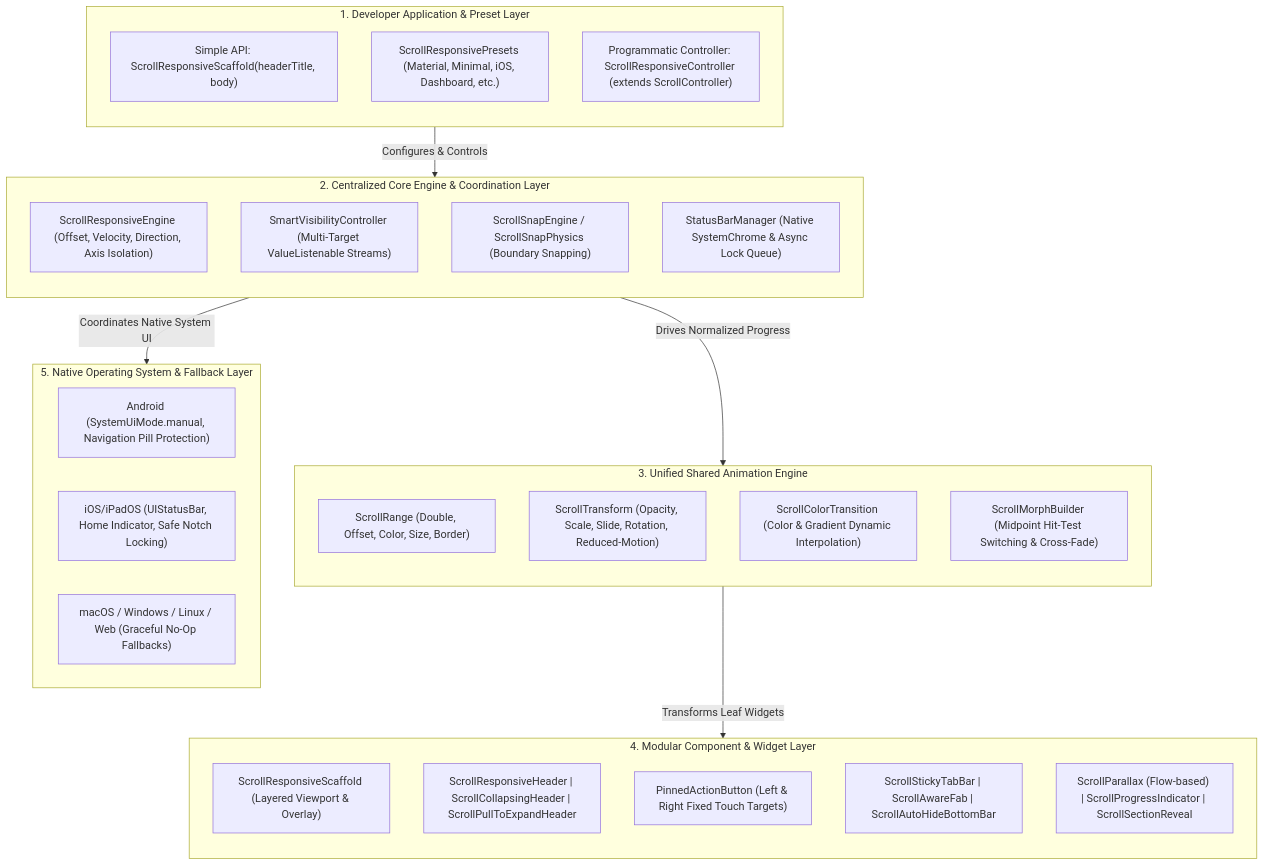
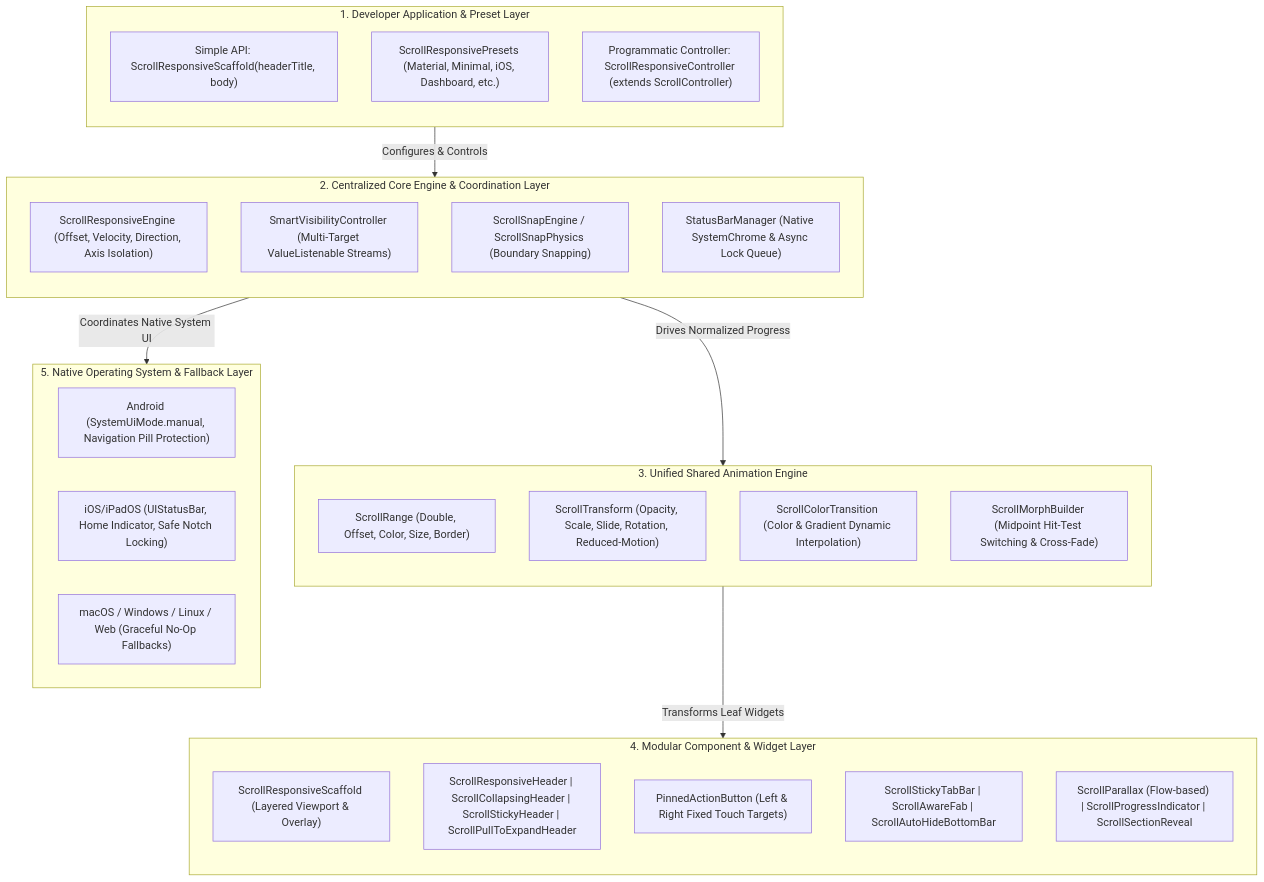
Before and after one commit to juwelzan/app_bar_ui: the first of 3 diagrams in ARCHITECTURE.md, drawn with Mermaid. The commit also changed 23 other files, not shown here.

Commit message:
feat(phase-4): implement advanced header features (collapsing, sticky, parallax, transparent floating, pull-to-expand)

````diff
--- a/ARCHITECTURE.md
+++ b/ARCHITECTURE.md
@@ -7,45 +7,45 @@
 ```mermaid
 flowchart TD
     subgraph ClientLayer["1. Developer Application & Preset Layer"]
         direction TB
         SimpleUsage["Simple API: ScrollResponsiveScaffold(headerTitle, body)"]
         PresetSystem["ScrollResponsivePresets (Material, Minimal, iOS, Dashboard, etc.)"]
         AdvancedController["Programmatic Controller: ScrollResponsiveController (extends ScrollController)"]
     end
 
     subgraph EngineLayer["2. Centralized Core Engine & Coordination Layer"]
         direction TB
         ScrollEngine["ScrollResponsiveEngine (Offset, Velocity, Direction, Axis Isolation)"]
         VisibilityEngine["SmartVisibilityController (Multi-Target ValueListenable Streams)"]
         SnapEngine["ScrollSnapEngine / ScrollSnapPhysics (Boundary Snapping)"]
         SystemUIManager["StatusBarManager (Native SystemChrome & Async Lock Queue)"]
     end
 
     subgraph AnimationLayer["3. Unified Shared Animation Engine"]
         direction TB
         ScrollRange["ScrollRange<T> (Double, Offset, Color, Size, Border)"]
         ScrollTransform["ScrollTransform (Opacity, Scale, Slide, Rotation, Reduced-Motion)"]
         ColorTween["ScrollColorTransition (Color & Gradient Dynamic Interpolation)"]
         MorphBuilder["ScrollMorphBuilder (Midpoint Hit-Test Switching & Cross-Fade)"]
     end
 
     subgraph ComponentLayer["4. Modular Component & Widget Layer"]
         direction TB
         MasterScaffold["ScrollResponsiveScaffold (Layered Viewport & Overlay)"]
-        HeaderModules["ScrollResponsiveHeader | ScrollCollapsingHeader | ScrollPullToExpandHeader"]
+        HeaderModules["ScrollResponsiveHeader | ScrollCollapsingHeader | ScrollStickyHeader | ScrollPullToExpandHeader"]
         ActionModules["PinnedActionButton (Left & Right Fixed Touch Targets)"]
         NavModules["ScrollStickyTabBar | ScrollAwareFab | ScrollAutoHideBottomBar"]
         ViewportModules["ScrollParallax (Flow-based) | ScrollProgressIndicator | ScrollSectionReveal"]
     end
 
     subgraph PlatformLayer["5. Native Operating System & Fallback Layer"]
         AndroidSys["Android (SystemUiMode.manual, Navigation Pill Protection)"]
         IosSys["iOS/iPadOS (UIStatusBar, Home Indicator, Safe Notch Locking)"]
         DesktopWeb["macOS / Windows / Linux / Web (Graceful No-Op Fallbacks)"]
     end
 
     ClientLayer -->|Configures & Controls| EngineLayer
     EngineLayer -->|Drives Normalized Progress| AnimationLayer
     AnimationLayer -->|Transforms Leaf Widgets| ComponentLayer
     EngineLayer -->|Coordinates Native System UI| PlatformLayer
 ```
````
